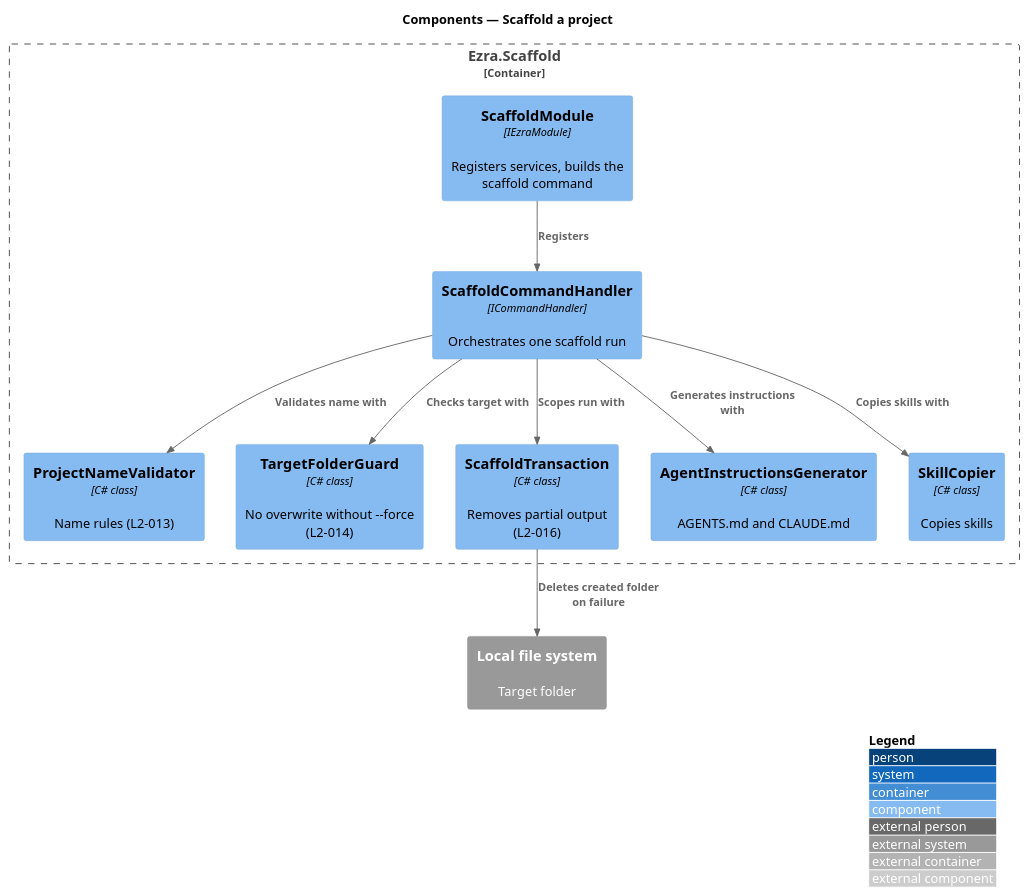
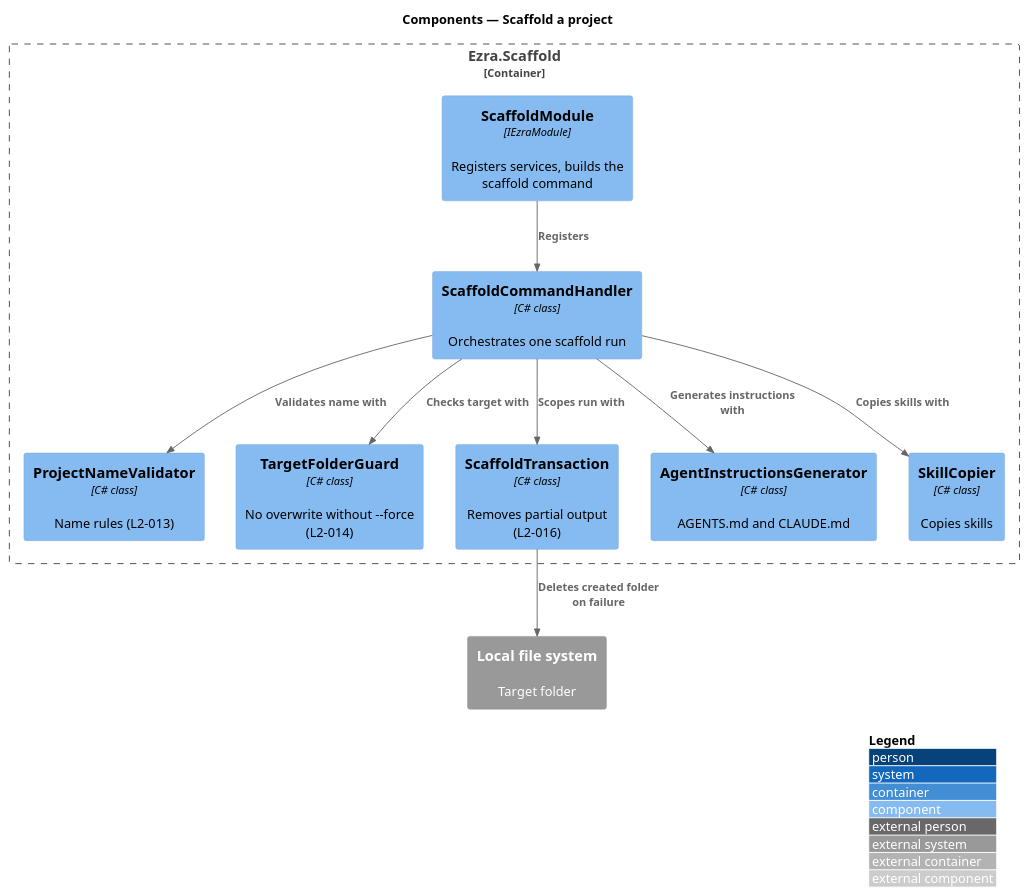
The diagram in docs/detailed-designs/scaffold/scaffold-project/diagrams/c4-component.puml (QuinntyneBrown/ezra), drawn with PlantUML before and after one commit. The commit also changed 26 other files, not shown here.

```diff
--- a/docs/detailed-designs/scaffold/scaffold-project/diagrams/c4-component.puml
+++ b/docs/detailed-designs/scaffold/scaffold-project/diagrams/c4-component.puml
@@ -1,23 +1,23 @@
 @startuml
 !include <C4/C4_Component>
 LAYOUT_WITH_LEGEND()
 title Components — Scaffold a project
 
 Container_Boundary(scaffold, "Ezra.Scaffold") {
   Component(module, "ScaffoldModule", "IEzraModule", "Registers services, builds the scaffold command")
-  Component(handler, "ScaffoldCommandHandler", "ICommandHandler", "Orchestrates one scaffold run")
+  Component(handler, "ScaffoldCommandHandler", "C# class", "Orchestrates one scaffold run")
   Component(validator, "ProjectNameValidator", "C# class", "Name rules (L2-013)")
   Component(guard, "TargetFolderGuard", "C# class", "No overwrite without --force (L2-014)")
   Component(tx, "ScaffoldTransaction", "C# class", "Removes partial output (L2-016)")
   Component(gen, "AgentInstructionsGenerator", "C# class", "AGENTS.md and CLAUDE.md")
   Component(copier, "SkillCopier", "C# class", "Copies skills")
 }
 System_Ext(fs, "Local file system", "Target folder")
 Rel(module, handler, "Registers")
 Rel(handler, validator, "Validates name with")
 Rel(handler, guard, "Checks target with")
 Rel(handler, tx, "Scopes run with")
 Rel(handler, gen, "Generates instructions with")
 Rel(handler, copier, "Copies skills with")
 Rel(tx, fs, "Deletes created folder on failure")
 @enduml
```
